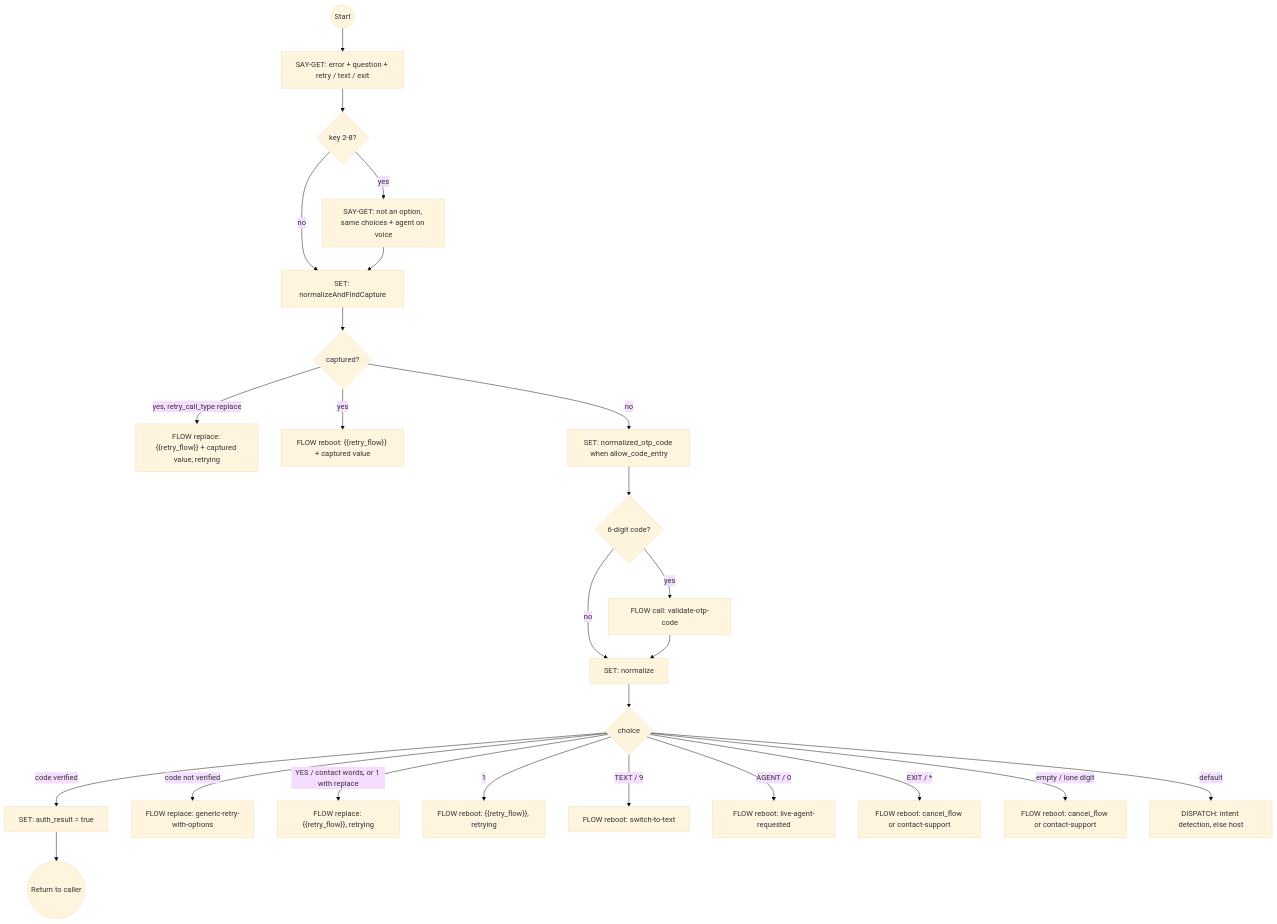
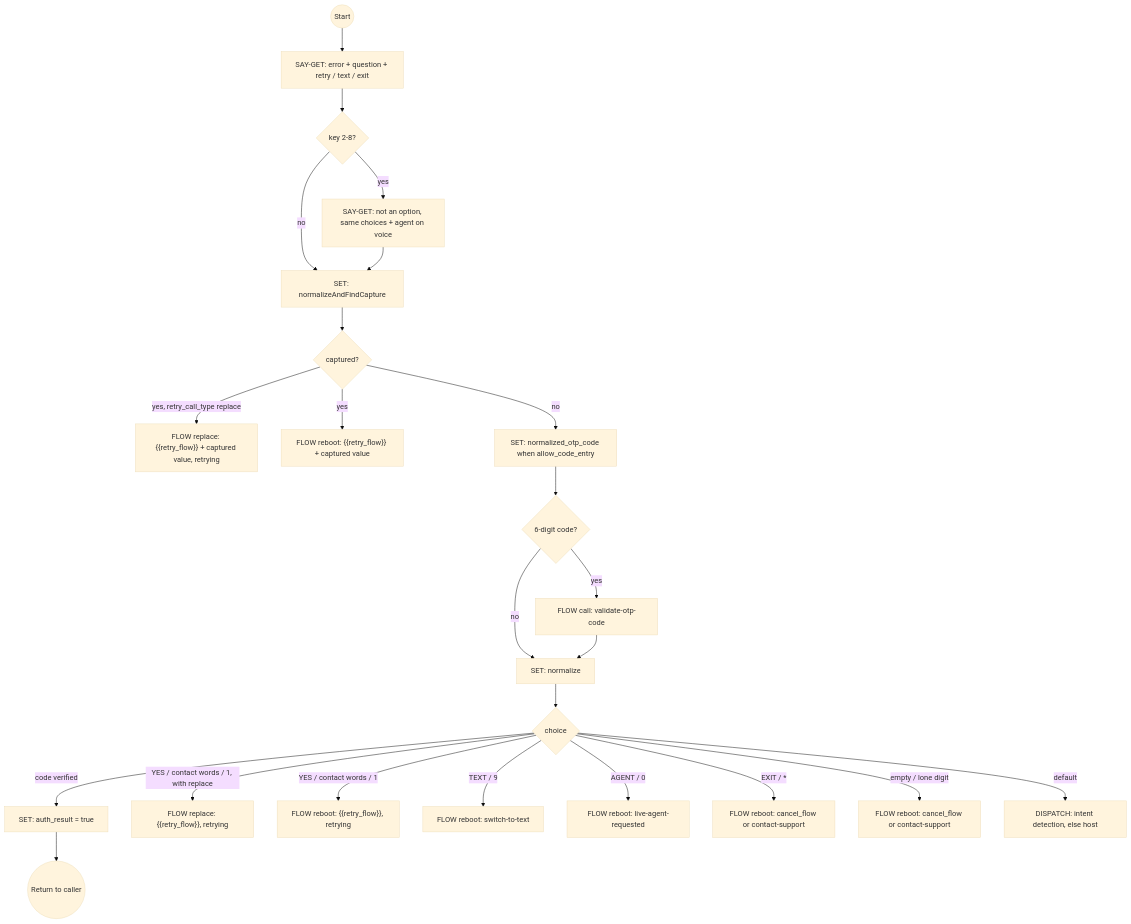
The tenth of 16 diagrams in docs/system-flows.md (ronpinkas/jsfe), drawn with Mermaid (base theme) before and after one commit. The commit also changed other lines of this file and 1 other file, not shown here.

Commit message:
docs: retry menu 1.3.1 and tracking-number capture

````diff
--- a/docs/system-flows.md
+++ b/docs/system-flows.md
@@ -563,27 +562,26 @@
 ```mermaid
 graph TD
     start((Start)) --> say_error_and_prompt[SAY-GET: error + question + retry / text / exit]
     say_error_and_prompt --> reprompt{key 2-8?}
     reprompt -->|yes| say_not_an_option[SAY-GET: not an option, same choices + agent on voice]
     reprompt -->|no| check_smart_capture[SET: normalizeAndFindCapture]
     say_not_an_option --> check_smart_capture
     check_smart_capture --> handle_smart_capture{captured?}
     handle_smart_capture -->|yes, retry_call_type replace| replace_with_captured_value["FLOW replace: {{retry_flow}} + captured value, retrying"]
     handle_smart_capture -->|yes| reboot_with_captured_value["FLOW reboot: {{retry_flow}} + captured value"]
     handle_smart_capture -->|no| read_typed_code[SET: normalized_otp_code when allow_code_entry]
     read_typed_code --> check_typed_code{6-digit code?}
     check_typed_code -->|yes| validate_typed_code[FLOW call: validate-otp-code]
     check_typed_code -->|no| normalize_choice[SET: normalize]
     validate_typed_code --> normalize_choice
     normalize_choice --> handle_choice{choice}
     handle_choice -->|code verified| typed_code_verified[SET: auth_result = true]
-    handle_choice -->|code not verified| typed_code_wrong[FLOW replace: generic-retry-with-options]
-    handle_choice -->|YES / contact words, or 1 with replace| retry_in_place["FLOW replace: {{retry_flow}}, retrying"]
-    handle_choice -->|1| retry_from_start["FLOW reboot: {{retry_flow}}, retrying"]
+    handle_choice -->|YES / contact words / 1, with replace| retry_in_place["FLOW replace: {{retry_flow}}, retrying"]
+    handle_choice -->|YES / contact words / 1| retry_from_start["FLOW reboot: {{retry_flow}}, retrying"]
     handle_choice -->|TEXT / 9| do_switch_text[FLOW reboot: switch-to-text]
     handle_choice -->|AGENT / 0| do_agent[FLOW reboot: live-agent-requested]
     handle_choice -->|EXIT / *| do_abort["FLOW reboot: cancel_flow or contact-support"]
     handle_choice -->|empty / lone digit| do_cancel_no_intent["FLOW reboot: cancel_flow or contact-support"]
     handle_choice -->|default| dispatch_unrecognised["DISPATCH: intent detection, else host"]
     typed_code_verified --> stop((Return to caller))
 ```
````
